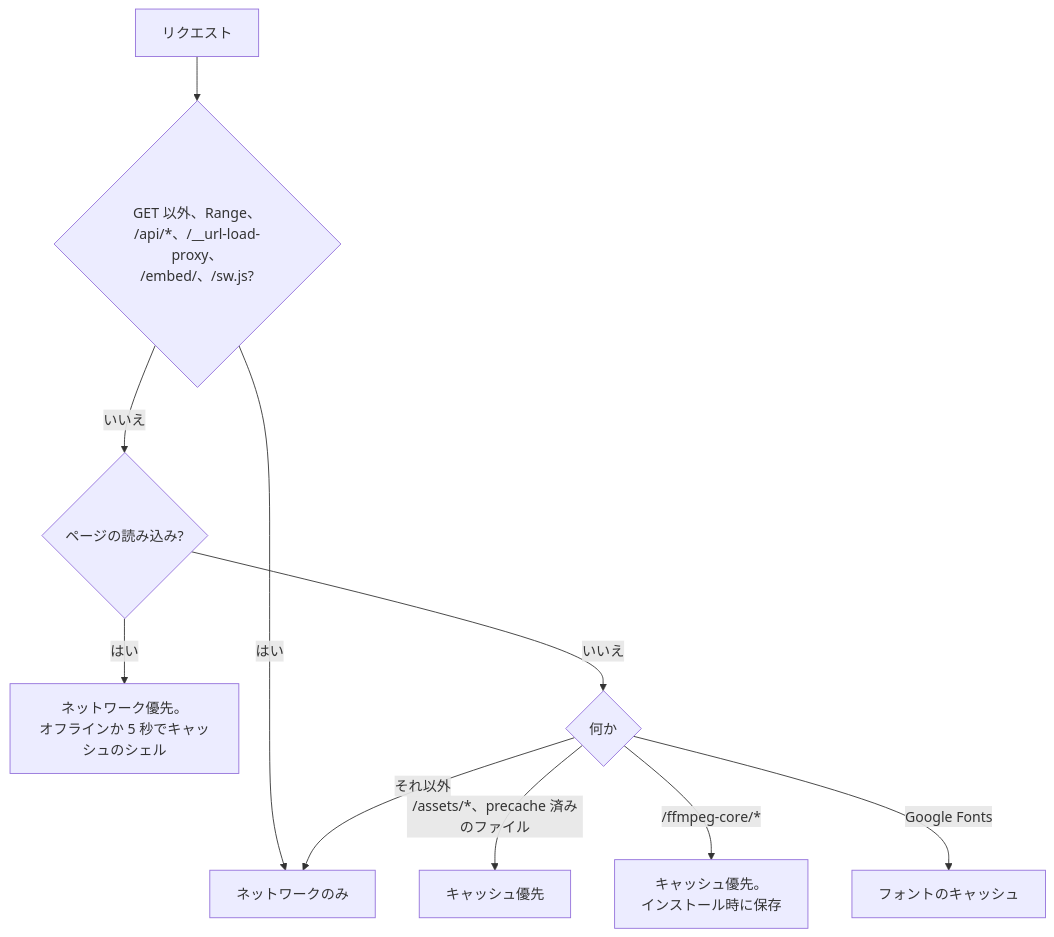
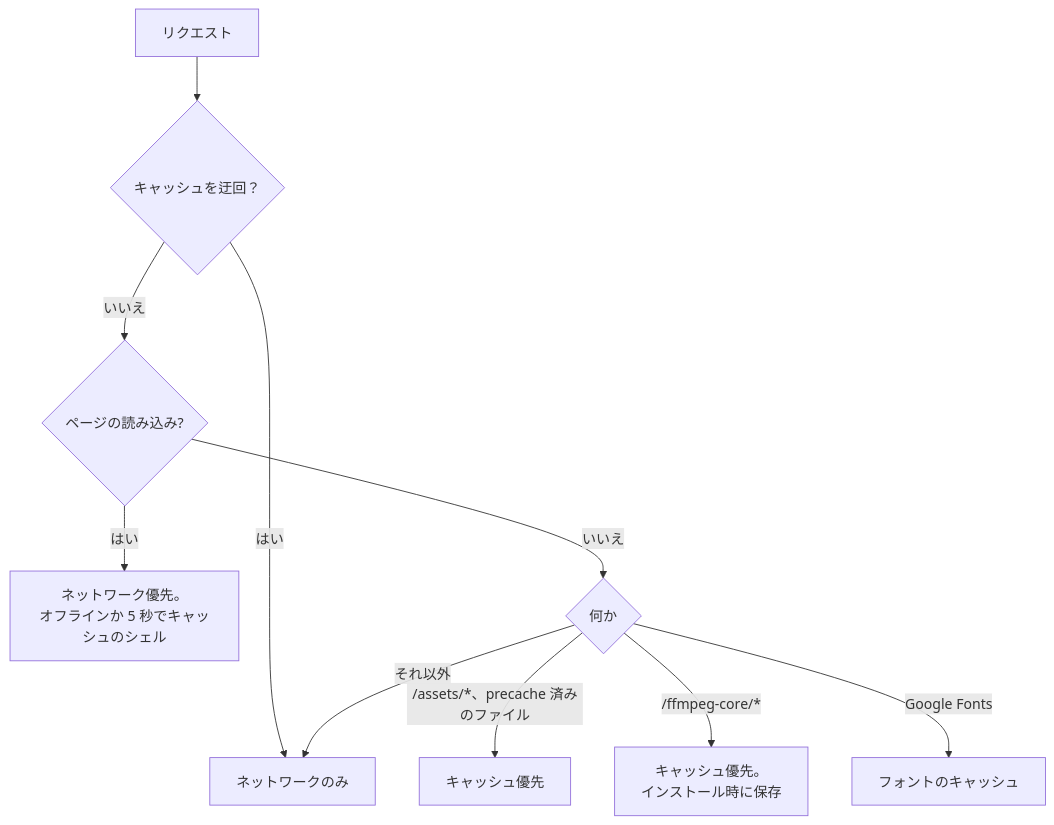
Before and after one commit to nulltask/be-music: the second of 3 diagrams in docs/player-web.ja.md, drawn with Mermaid. The commit also changed other lines of this file and 33 other files, not shown here.

````diff
--- a/docs/player-web.ja.md
+++ b/docs/player-web.ja.md
@@ -202,12 +202,12 @@
 ```mermaid
 flowchart TD
-  request[リクエスト] --> dynamic{"GET 以外、Range、<br/>/api/*、/__url-load-proxy、<br/>/embed/、/sw.js?"}
+  request[リクエスト] --> dynamic{"キャッシュを迂回？"}
   dynamic -- はい --> network[ネットワークのみ]
   dynamic -- いいえ --> page{ページの読み込み?}
   page -- はい --> shell["ネットワーク優先。<br/>オフラインか 5 秒でキャッシュのシェル"]
   page -- いいえ --> kind{何か}
   kind -- "/assets/*、precache 済みのファイル" --> cacheFirst[キャッシュ優先]
   kind -- "/ffmpeg-core/*" --> ffmpeg["キャッシュ優先。<br/>インストール時に保存"]
   kind -- "Google Fonts" --> fonts[フォントのキャッシュ]
   kind -- "それ以外" --> network
 ```
````
